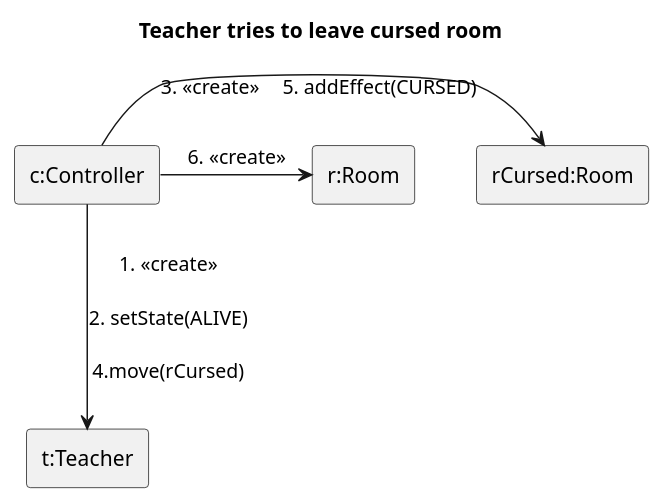
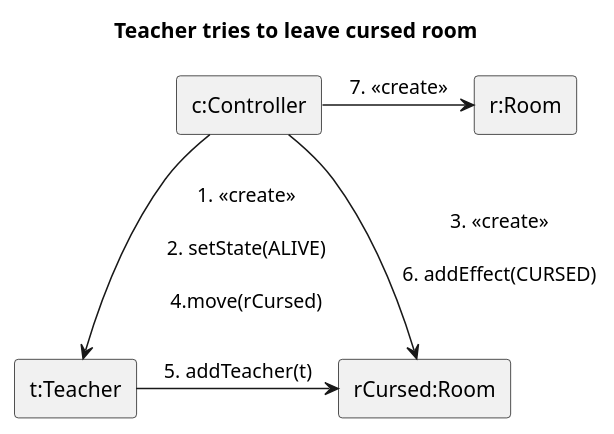
One commit to MBakter/echo changed the diagram in docs/communication_diagrams/ri_teacher_leave_curse.plantuml. Above: the diagram before and after it, drawn with PlantUML. The commit also changed 8 other files, not shown here.

```diff
--- a/docs/communication_diagrams/ri_teacher_leave_curse.plantuml
+++ b/docs/communication_diagrams/ri_teacher_leave_curse.plantuml
@@ -1,12 +1,12 @@
 @startuml student_leave_curse
 title Teacher tries to leave cursed room
 skinparam linestyle ortho
 rectangle "c:Controller" as c
 rectangle "rCursed:Room" as r1
 rectangle "r:Room" as r2
 rectangle "t:Teacher" as s
 c --> s: 1. <<create>>\n\n2. setState(ALIVE)\n\n4.move(rCursed)
-c -> r1: 3. <<create>>\t5. addEffect(CURSED)
-c -> r2: 6. <<create>>
-
+c -> r1: 3. <<create>>\n\n6. addEffect(CURSED)
+c -> r2: 7. <<create>>
+s->r1: 5. addTeacher(t)
 @enduml
```
